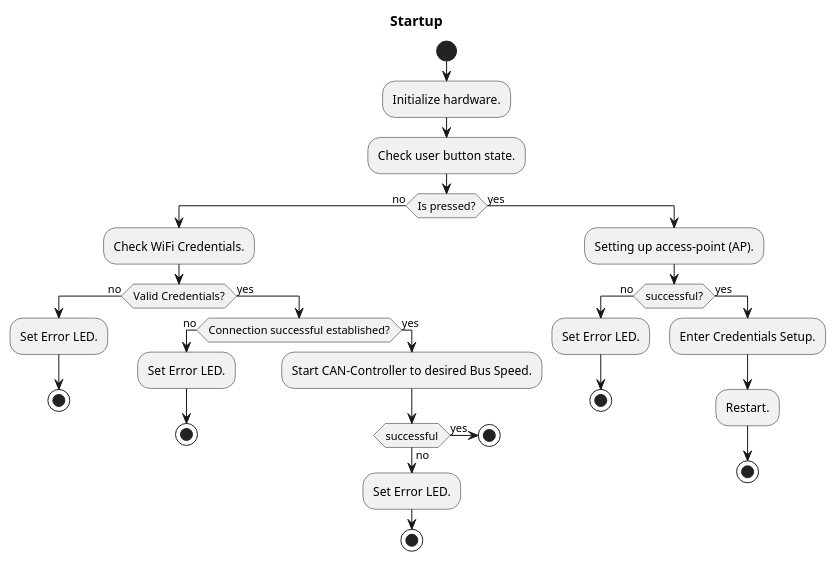
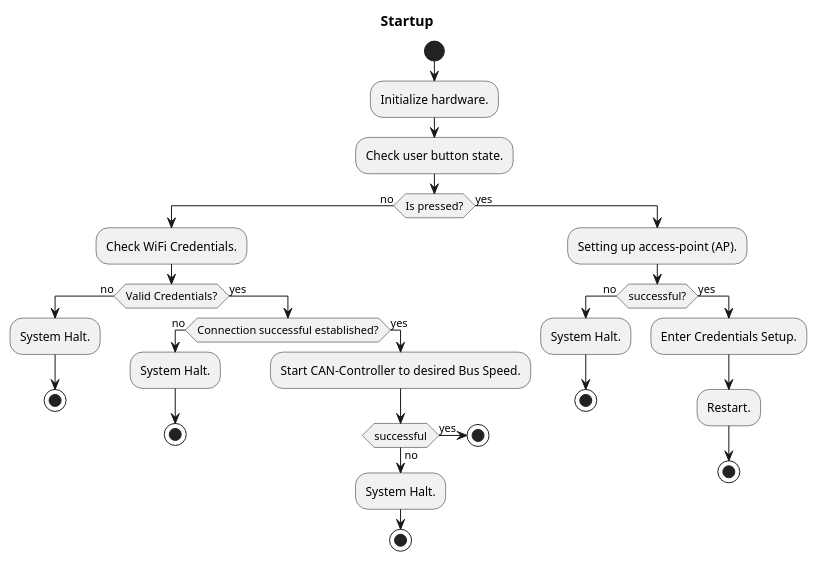
Before and after one commit to NewTec-GmbH/esp32-can-iot: the diagram in Coding/fw/doc/design/SetUpProcess.plantuml, drawn with PlantUML. The commit also changed 2 other files, not shown here.

Commit message:
Updated Main Application Docs and diagrams

```diff
--- a/Coding/fw/doc/design/SetUpProcess.plantuml
+++ b/Coding/fw/doc/design/SetUpProcess.plantuml
@@ -1,48 +1,48 @@
 @startuml
 title Startup
 
 start
 :Initialize hardware.;
 :Check user button state.;
 
 if (Is pressed?) then (no)
 
     :Check WiFi Credentials.;
 
     if (Valid Credentials?) then (no)
-        :Set Error LED.;
+        :System Halt.;
         stop
 
     else(yes)
 
         if (Connection successful established?) then (no)
-            :Set Error LED.;
+            :System Halt.;
             stop
         else (yes)
             :Start CAN-Controller to desired Bus Speed.;
             if (successful) then (yes)
                 stop
             else(no)
-                :Set Error LED.;
+                :System Halt.;
                 stop
             endif
         endif
 
     endif
 
 else(yes)
 
     :Setting up access-point (AP).;
 
     if (successful?) then (no)
-        :Set Error LED.;
+        :System Halt.;
         stop
     else (yes)
         :Enter Credentials Setup.;
         :Restart.;
         stop
     endif
 
 endif
 
 @enduml
```
